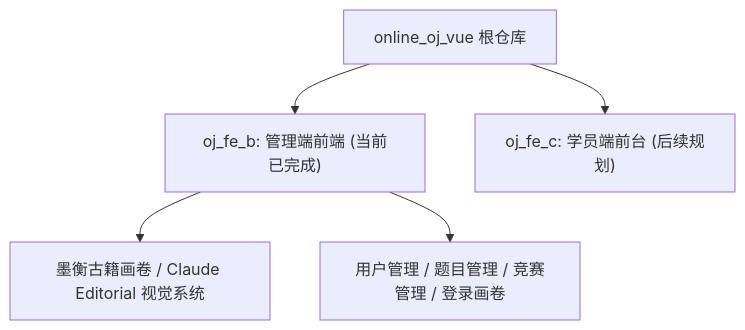
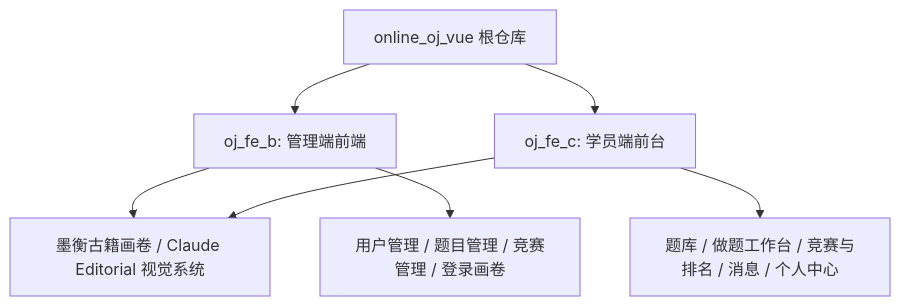
One commit to pluchon/online_oj_vue changed the first of 12 diagrams in README.md. Above: the diagram before and after it, drawn with Mermaid. The commit also changed other lines of this file and 56 other files, not shown here.

````diff
--- a/README.md
+++ b/README.md
@@ -5,9 +5,11 @@
 ```mermaid
 graph TD
     Repo["online_oj_vue 根仓库"]
-    Repo --> B_End["oj_fe_b: 管理端前端 (当前已完成)"]
-    Repo --> C_End["oj_fe_c: 学员端前台 (后续规划)"]
-    
+    Repo --> B_End["oj_fe_b: 管理端前端"]
+    Repo --> C_End["oj_fe_c: 学员端前台"]
+
     B_End --> Design["墨衡古籍画卷 / Claude Editorial 视觉系统"]
+    C_End --> Design
     B_End --> Modules["用户管理 / 题目管理 / 竞赛管理 / 登录画卷"]
+    C_End --> CModules["题库 / 做题工作台 / 竞赛与排名 / 消息 / 个人中心"]
 ```
````
